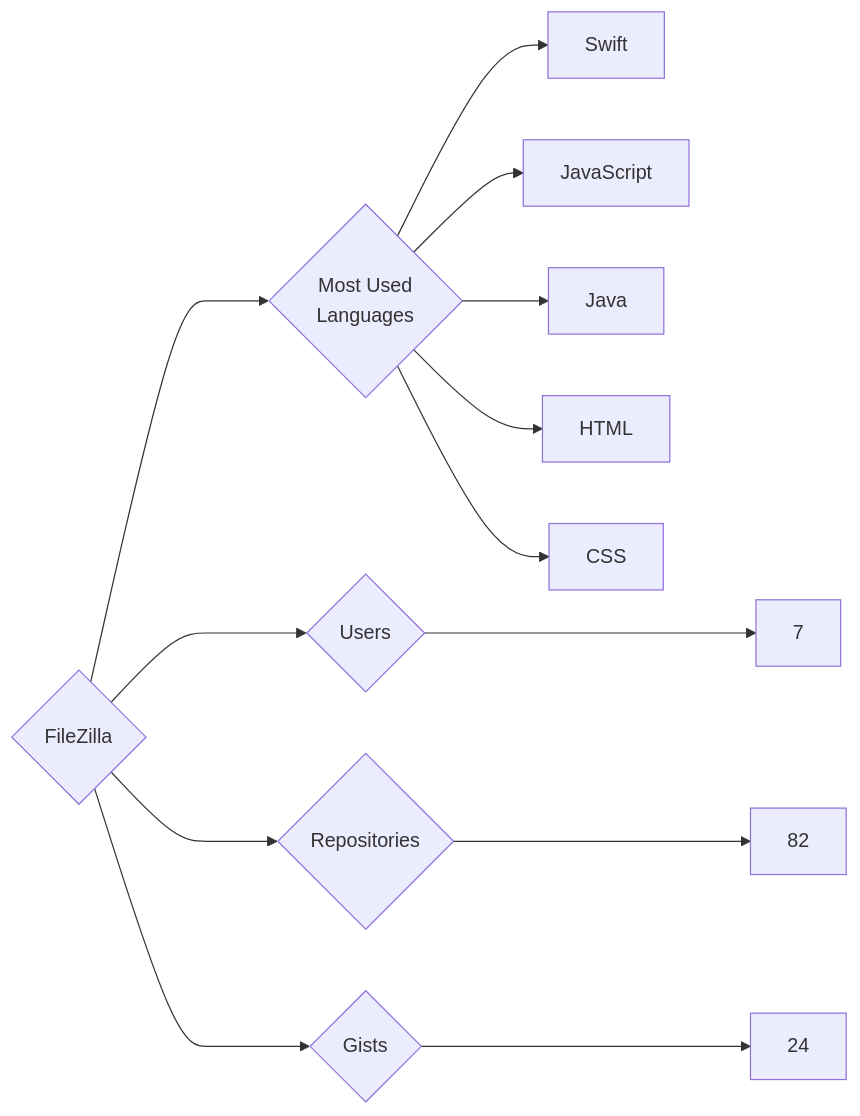
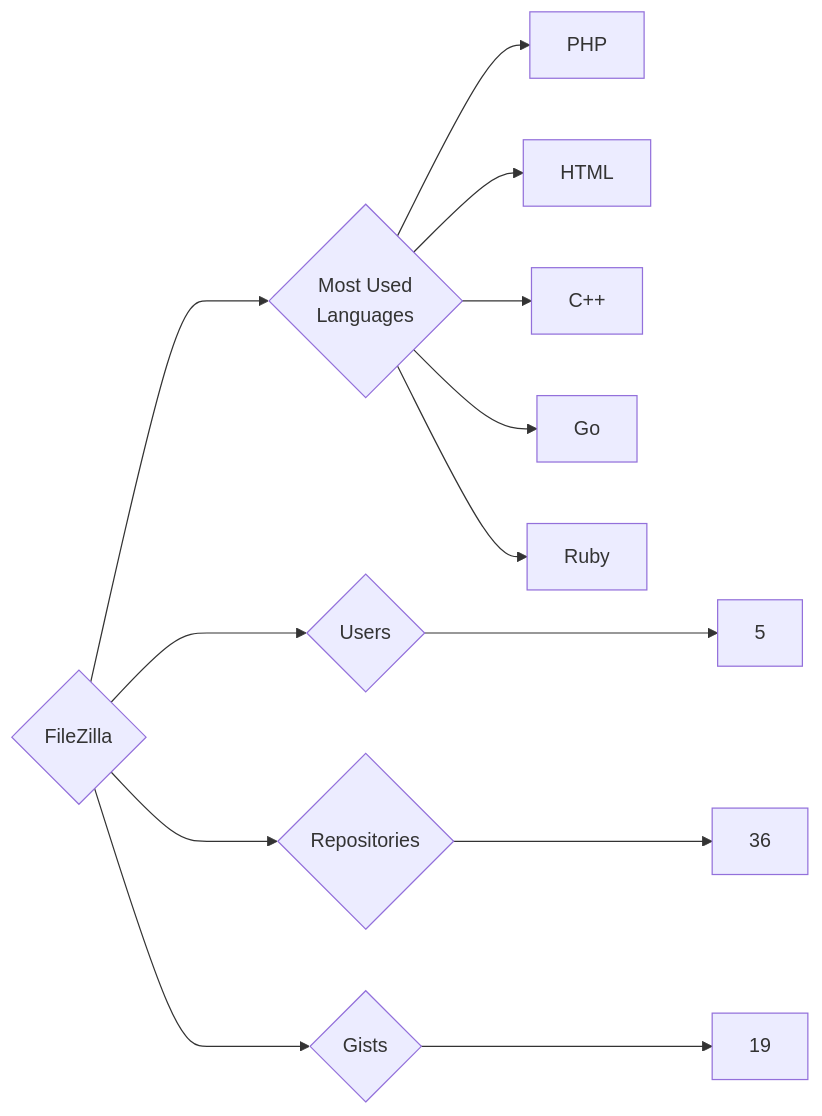
Before and after one commit to trickest/insiders: the diagram in targets/FileZilla/README.md, drawn with Mermaid. The commit also changed 1023 other files, not shown here.

````diff
--- a/targets/FileZilla/README.md
+++ b/targets/FileZilla/README.md
@@ -3,13 +3,13 @@
 ```mermaid
 graph LR
 COMPANY_NAME{FileZilla}
-COMPANY_NAME ---> U{Users} ---> UN[7]
-COMPANY_NAME ---> R{Repositories} ---> RN[82]
-COMPANY_NAME ---> G{Gists} ---> GN[24]
+COMPANY_NAME ---> U{Users} ---> UN[5]
+COMPANY_NAME ---> R{Repositories} ---> RN[36]
+COMPANY_NAME ---> G{Gists} ---> GN[19]
 COMPANY_NAME ---> ML{Most Used<br>Languages}
-ML --> Swift[Swift]
-ML --> JavaScript[JavaScript]
-ML --> Java[Java]
+ML --> PHP[PHP]
 ML --> HTML[HTML]
-ML --> CSS[CSS]
+ML --> C++[C++]
+ML --> Go[Go]
+ML --> Ruby[Ruby]
 ```
````
